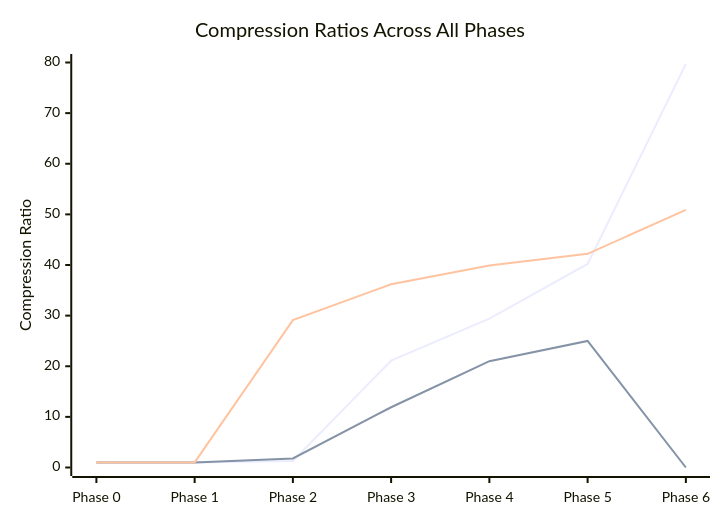
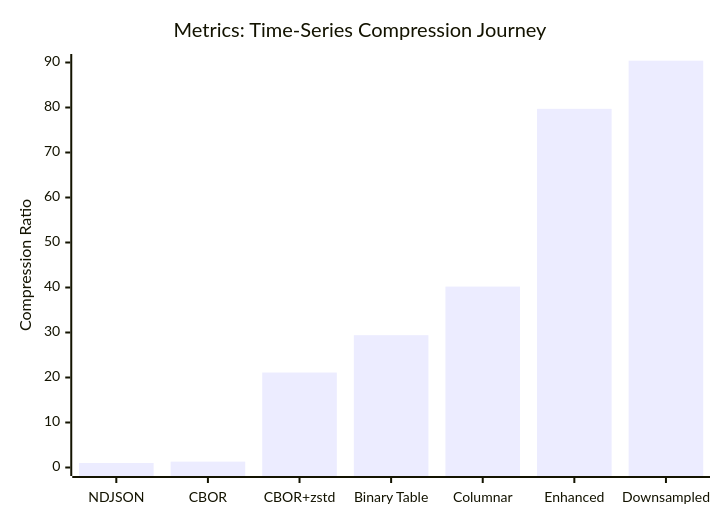
One commit to flash1293/squeezed-signals changed the first of 3 diagrams in README.md. Above: the diagram before and after it, drawn with Mermaid. The commit also changed other lines of this file, not shown here.

````diff
--- a/README.md
+++ b/README.md
@@ -7,15 +8,13 @@
 ```mermaid
 ---
 config:
   themeVariables:
     xyChart:
       backgroundColor: "transparent"
 ---
 xychart-beta
-  title "Compression Ratios Across All Phases"
-  x-axis ["Phase 0", "Phase 1", "Phase 2", "Phase 3", "Phase 4", "Phase 5", "Phase 6"]
-  y-axis "Compression Ratio" 0 --> 80
-  line "Metrics" [1, 1, 1.3, 21.1, 29.4, 40.2, 79.7]
-  line "Traces" [1, 1, 1.8, 11.9, 21.0, 25.0, 0]
-  line "Logs" [1, 1, 29.1, 36.2, 39.9, 42.2, 50.9]
+  title "Metrics: Time-Series Compression Journey"
+  x-axis ["NDJSON", "CBOR", "CBOR+zstd", "Binary Table", "Columnar", "Enhanced", "Downsampled"]
+  y-axis "Compression Ratio" 0 --> 90
+  bar [1, 1.3, 21.1, 29.4, 40.2, 79.7, 90.4]
 ```
````
